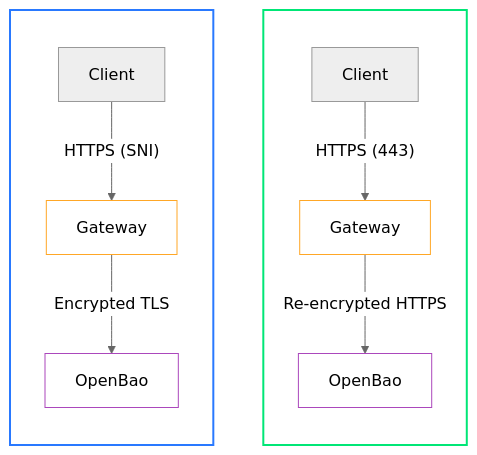
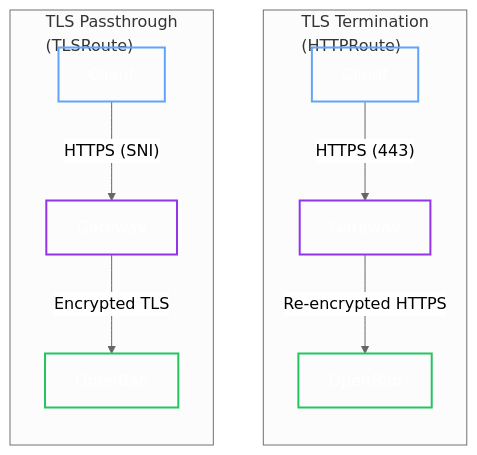
One commit to dc-tec/openbao-operator changed the diagram in docs/user-guide/openbaocluster/configuration/gateway-api.md. Above: the diagram before and after it, drawn with Mermaid (neutral theme). The commit also changed other lines of this file and 69 other files, not shown here.

````diff
--- a/docs/user-guide/openbaocluster/configuration/gateway-api.md
+++ b/docs/user-guide/openbaocluster/configuration/gateway-api.md
@@ -9,21 +9,22 @@
 ```mermaid
 flowchart TB
     subgraph Term["TLS Termination<br>(HTTPRoute)"]
         direction TB
         Ext1[Client] -->|"HTTPS (443)"| GW1[Gateway]
         GW1 -- "Re-encrypted HTTPS" --> Bao1[OpenBao]
     end
 
     subgraph Pass["TLS Passthrough<br>(TLSRoute)"]
         direction TB
         Ext2[Client] -->|"HTTPS (SNI)"| GW2[Gateway]
         GW2 -- "Encrypted TLS" --> Bao2[OpenBao]
     end
 
-    style Term fill:transparent,stroke:#00e676,stroke-width:2px,color:#fff
-    style Pass fill:transparent,stroke:#2979ff,stroke-width:2px,color:#fff
-    style GW1 fill:transparent,stroke:#ffa726
-    style GW2 fill:transparent,stroke:#ffa726
-    style Bao1 fill:transparent,stroke:#ab47bc
-    style Bao2 fill:transparent,stroke:#ab47bc
+    classDef write fill:transparent,stroke:#22c55e,stroke-width:2px,color:#fff;
+    classDef read fill:transparent,stroke:#60a5fa,stroke-width:2px,color:#fff;
+    classDef process fill:transparent,stroke:#9333ea,stroke-width:2px,color:#fff;
+
+    class Ext1,Ext2 read;
+    class GW1,GW2 process;
+    class Bao1,Bao2 write;
 ```
````
